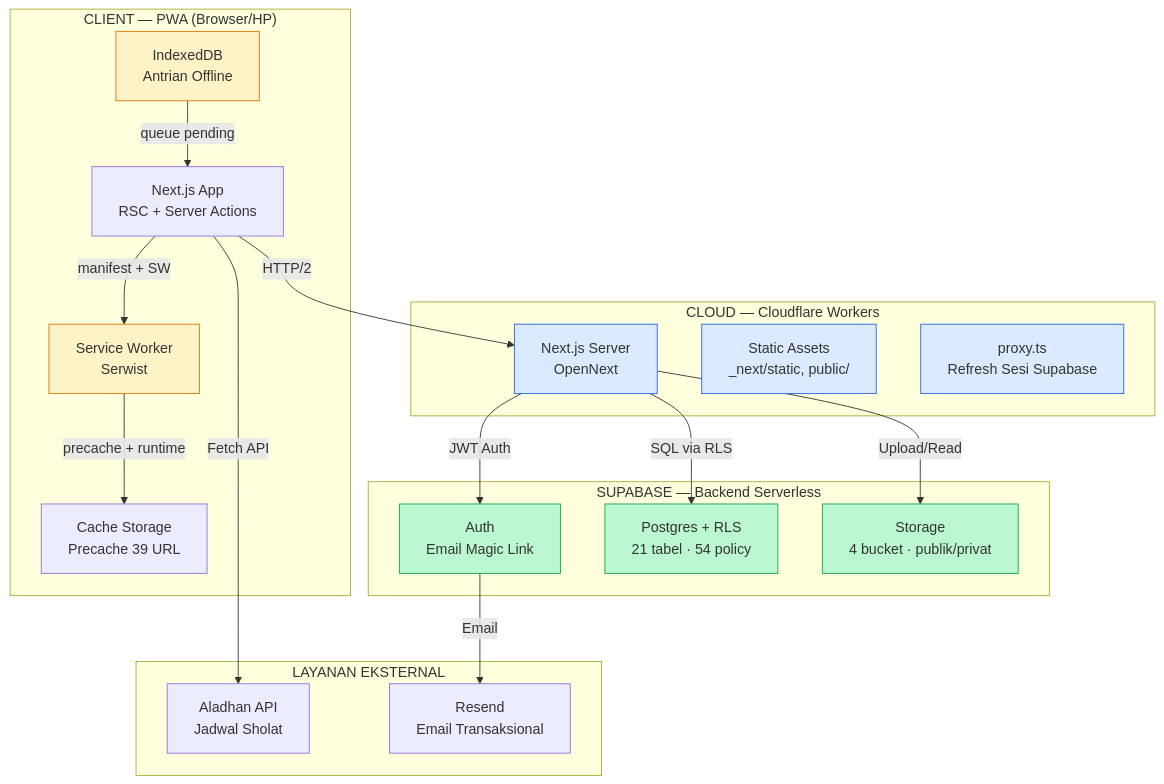
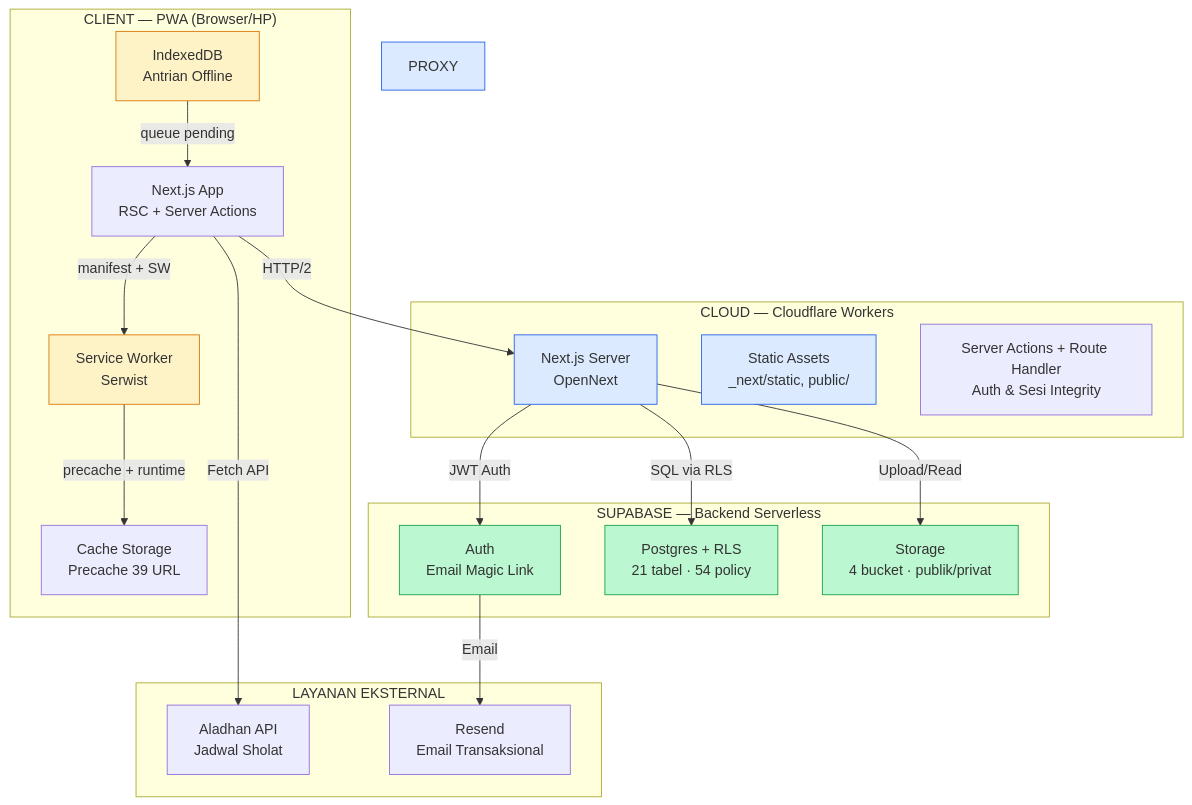
Before and after one commit to backendgr02-wim/gotong-royong-pwa: the third of 10 diagrams in docs/ARSITEKTUR.md, drawn with Mermaid. The commit also changed other lines of this file and 51 other files, not shown here.

````diff
--- a/docs/ARSITEKTUR.md
+++ b/docs/ARSITEKTUR.md
@@ -150,48 +150,48 @@
 ```mermaid
 flowchart TB
     subgraph CLIENT["CLIENT — PWA (Browser/HP)"]
         SW[Service Worker<br/>Serwist]
         IDB[IndexedDB<br/>Antrian Offline]
         APP[Next.js App<br/>RSC + Server Actions]
         PWA_CACHE[Cache Storage<br/>Precache 39 URL]
     end
 
     subgraph CLOUD["CLOUD — Cloudflare Workers"]
         WORKER[Next.js Server<br/>OpenNext]
         STATIC[Static Assets<br/>_next/static, public/]
-        PROXY[proxy.ts<br/>Refresh Sesi Supabase]
+        AUTH_FLOW[Server Actions + Route Handler<br/>Auth & Sesi Integrity]
     end
 
     subgraph SUPABASE["SUPABASE — Backend Serverless"]
         AUTH[Auth<br/>Email Magic Link]
         PG[Postgres + RLS<br/>21 tabel · 54 policy]
         STORAGE[Storage<br/>4 bucket · publik/privat]
     end
 
     subgraph EXTERNAL["LAYANAN EKSTERNAL"]
         ALADHAN[Aladhan API<br/>Jadwal Sholat]
         EMAIL[Resend<br/>Email Transaksional]
     end
 
     %% Connections
     APP -- HTTP/2 --> WORKER
     APP -- manifest + SW --> SW
     SW -- precache + runtime --> PWA_CACHE
     IDB -- queue pending --> APP
 
     WORKER -- SQL via RLS --> PG
     WORKER -- JWT Auth --> AUTH
     WORKER -- Upload/Read --> STORAGE
 
     APP -- Fetch API --> ALADHAN
     AUTH -- Email --> EMAIL
 
     style SW fill:#fef3c7,stroke:#d97706
     style IDB fill:#fef3c7,stroke:#d97706
     style WORKER fill:#dbeafe,stroke:#2563eb
     style PROXY fill:#dbeafe,stroke:#2563eb
     style STATIC fill:#dbeafe,stroke:#2563eb
     style AUTH fill:#bbf7d0,stroke:#16a34a
     style PG fill:#bbf7d0,stroke:#16a34a
     style STORAGE fill:#bbf7d0,stroke:#16a34a
 ```
````
